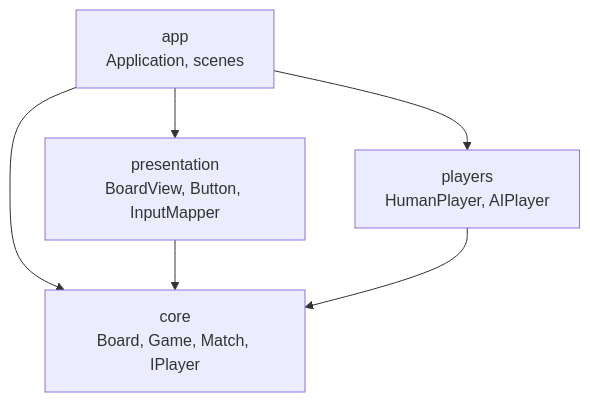
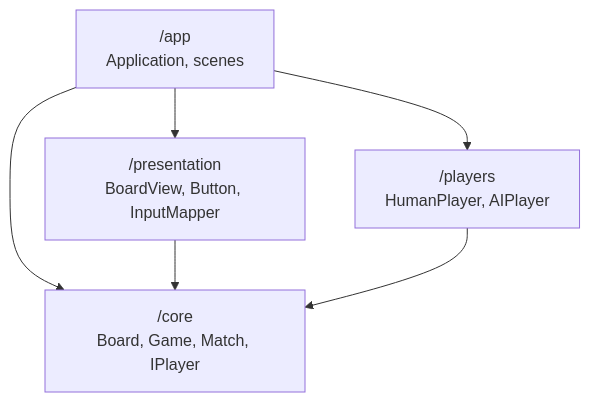
Before and after one commit to mikygt21/TicTacToe: the diagram in README.md, drawn with Mermaid. The commit also changed other lines of this file and 4 other files, not shown here.

````diff
--- a/README.md
+++ b/README.md
@@ -118,8 +119,8 @@
 ```mermaid
 flowchart TD
-    app["app<br/>Application, scenes"] --> presentation["presentation<br/>BoardView, Button, InputMapper"]
-    app --> players["players<br/>HumanPlayer, AIPlayer"]
-    app --> core
-    presentation --> core["core<br/>Board, Game, Match, IPlayer"]
-    players --> core
+    /app["/app<br/>Application, scenes"] --> /presentation["/presentation<br/>BoardView, Button, InputMapper"]
+    /app --> /players["/players<br/>HumanPlayer, AIPlayer"]
+    /app --> /core
+    /presentation --> /core["/core<br/>Board, Game, Match, IPlayer"]
+    /players --> /core
 ```
````
